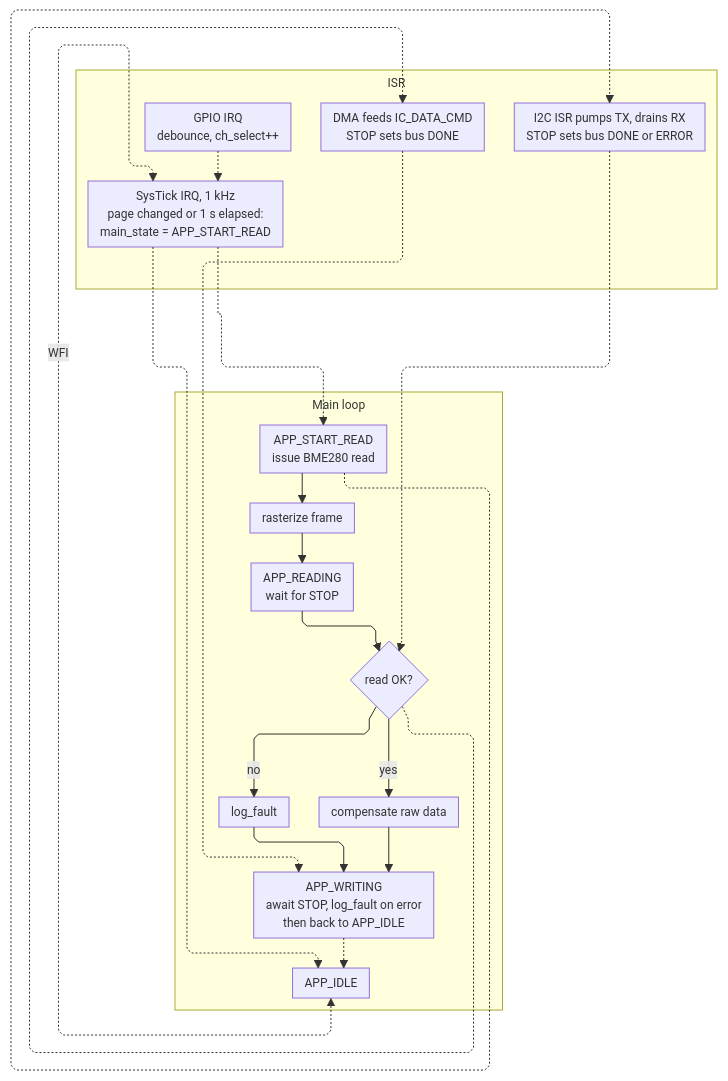
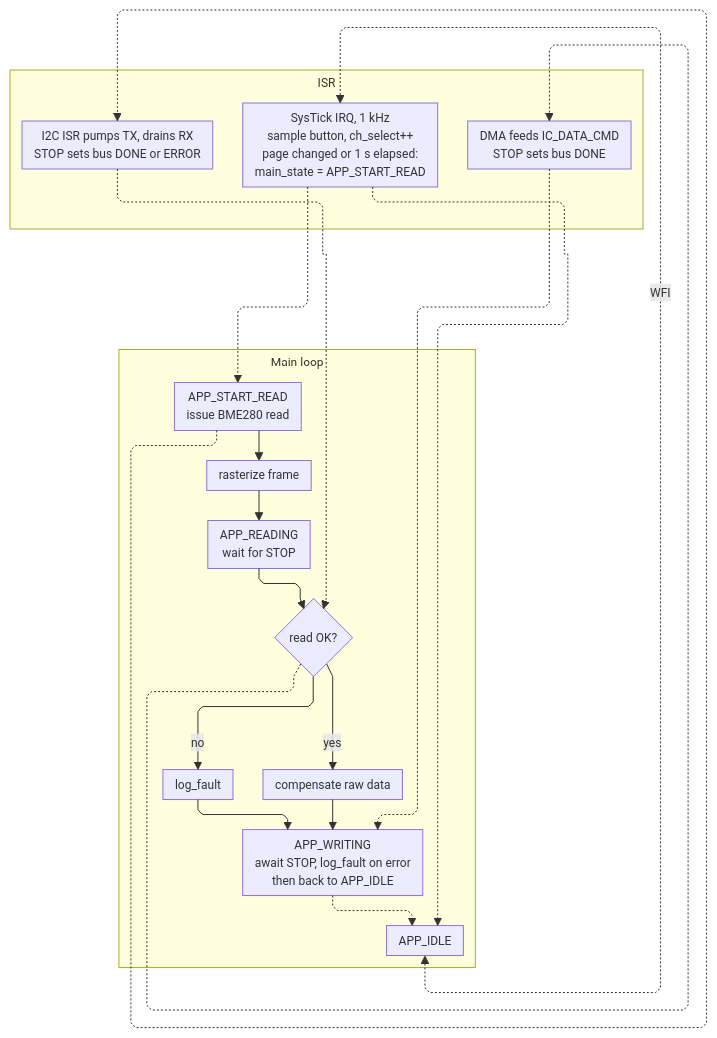
The diagram in README.md (Vasilis-Narain/rp2350-baremetal-weather-station), drawn with Mermaid before and after one commit. The commit also changed other lines of this file, not shown here.

````diff
--- a/README.md
+++ b/README.md
@@ -67,31 +69,29 @@
 ```mermaid
 %%{init: {"themeVariables": {"fontSize": "12px"}, "flowchart": {"defaultRenderer":"elk", "nodeSpacing": 40, "rankSpacing": 22, "padding": 6, "diagramPadding": 10, "curve": "linear", "subGraphTitleMargin": {"top": 4, "bottom": 20}}}}%%
 flowchart TB
     subgraph MAIN["Main loop"]
         I["APP_IDLE"]
         S["APP_START_READ<br/>issue BME280 read"] --> R["rasterize frame"]
         R --> RD["APP_READING<br/>wait for STOP"]
         RD --> OK{"read OK?"}
         OK -- yes --> C["compensate raw data"]
         OK -- no --> LF["log_fault"]
         C --> W["APP_WRITING<br/>await STOP, log_fault on error<br/>then back to APP_IDLE"]
         LF --> W
     end
 
     subgraph ISR 
-        BTN["GPIO IRQ<br/>debounce, ch_select++"]
-        SYS["SysTick IRQ, 1 kHz<br/>page changed or 1 s elapsed:<br/>main_state = APP_START_READ"]
+        SYS["SysTick IRQ, 1 kHz<br/>sample button, ch_select++<br/>page changed or 1 s elapsed:<br/>main_state = APP_START_READ"]
         ISR["I2C ISR pumps TX, drains RX<br/>STOP sets bus DONE or ERROR"]
         DF["DMA feeds IC_DATA_CMD<br/>STOP sets bus DONE"]
     end
 
     I <-.WFI.-> SYS
     SYS -.-> I
-    BTN -.-> SYS
     SYS -.-> S
     S -.-> ISR
     DF -.-> W
     W -.->I
     ISR -.->OK
     OK -.-> DF
 ```
````
